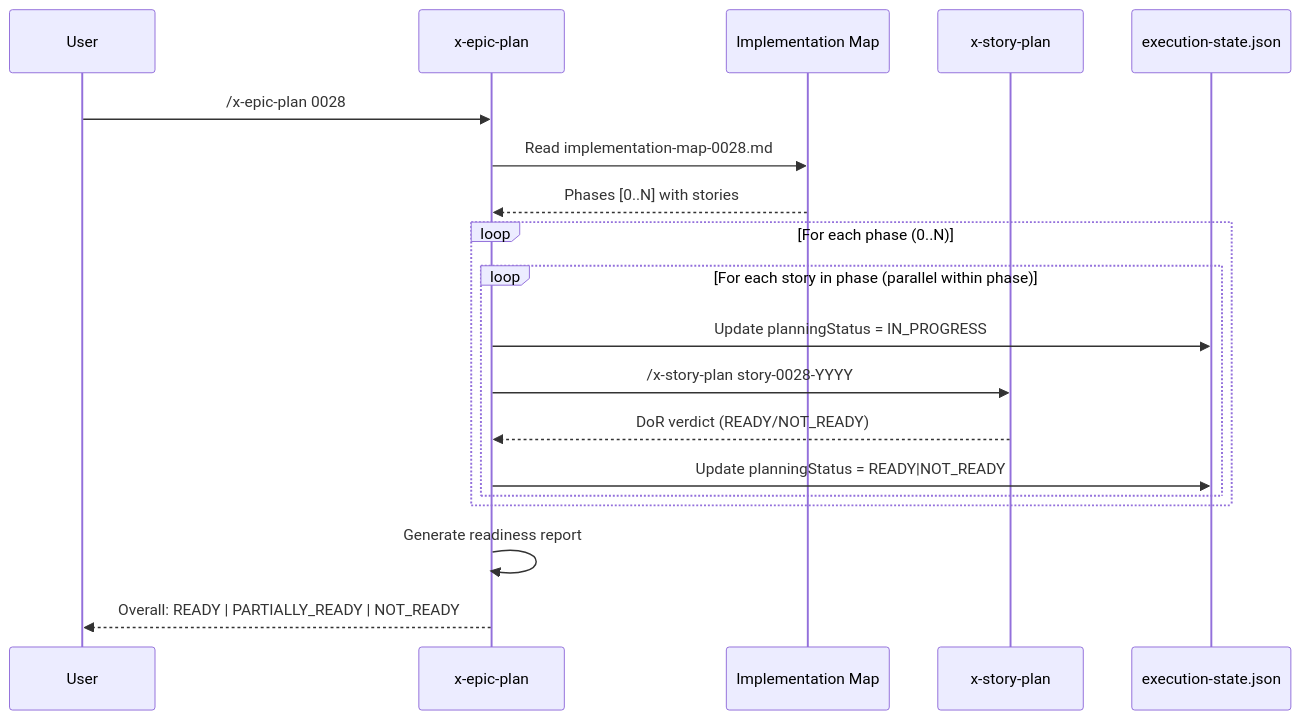
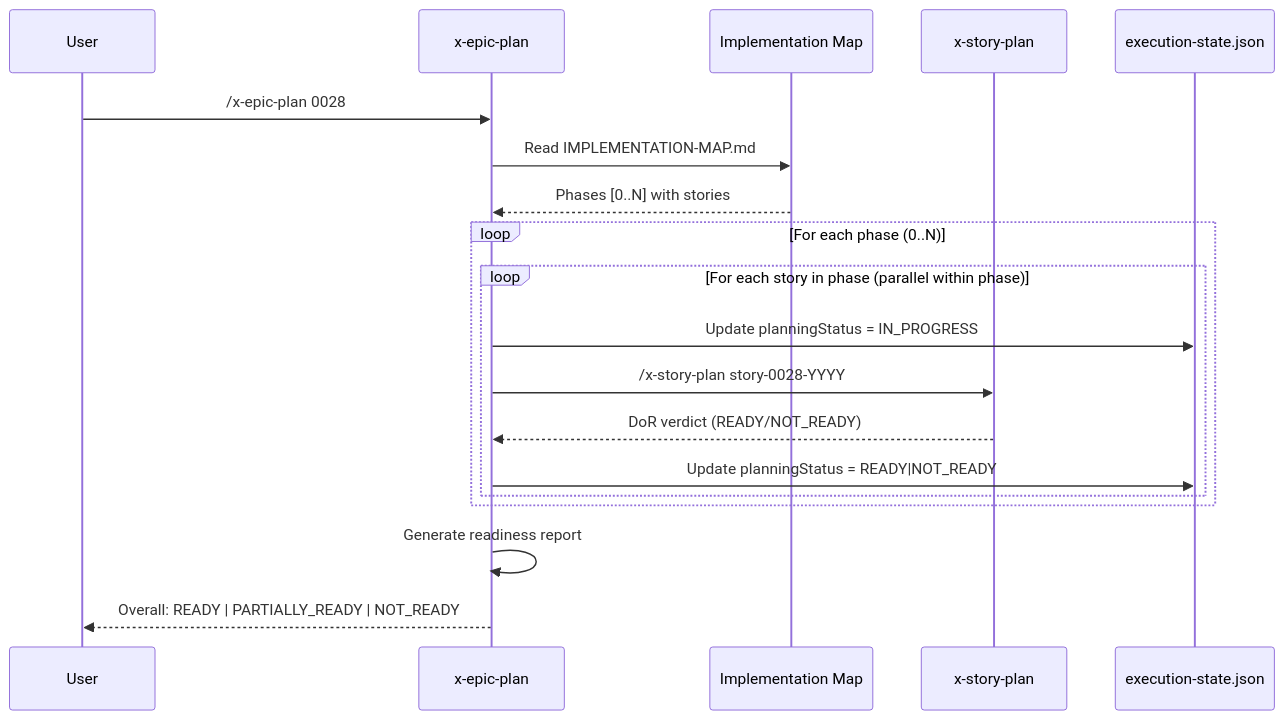
One commit to edercnj/ia-dev-environment changed the diagram in plans/epic-0028/story-0028-0003.md. Above: the diagram before and after it, drawn with Mermaid. The commit also changed 2 other files, not shown here.

Commit message:
docs(plans): update IMPLEMENTATION-MAP references in live stories
Align live story files in epics 0028 and 0046 to the canonical
IMPLEMENTATION-MAP.md filename. Historical reports and plan artifacts
under plans/epic-*/plans/ and plans/epic-*/reports/ are left untouched
as they represent committed snapshots.

````diff
--- a/plans/epic-0028/story-0028-0003.md
+++ b/plans/epic-0028/story-0028-0003.md
@@ -108,24 +108,24 @@
 ```mermaid
 sequenceDiagram
     participant U as User
     participant EP as x-epic-plan
     participant IM as Implementation Map
     participant SP as x-story-plan
     participant ES as execution-state.json
 
     U->>EP: /x-epic-plan 0028
-    EP->>IM: Read implementation-map-0028.md
+    EP->>IM: Read IMPLEMENTATION-MAP.md
     IM-->>EP: Phases [0..N] with stories
 
     loop For each phase (0..N)
         loop For each story in phase (parallel within phase)
             EP->>ES: Update planningStatus = IN_PROGRESS
             EP->>SP: /x-story-plan story-0028-YYYY
             SP-->>EP: DoR verdict (READY/NOT_READY)
             EP->>ES: Update planningStatus = READY|NOT_READY
         end
     end
 
     EP->>EP: Generate readiness report
     EP-->>U: Overall: READY | PARTIALLY_READY | NOT_READY
 ```
````
